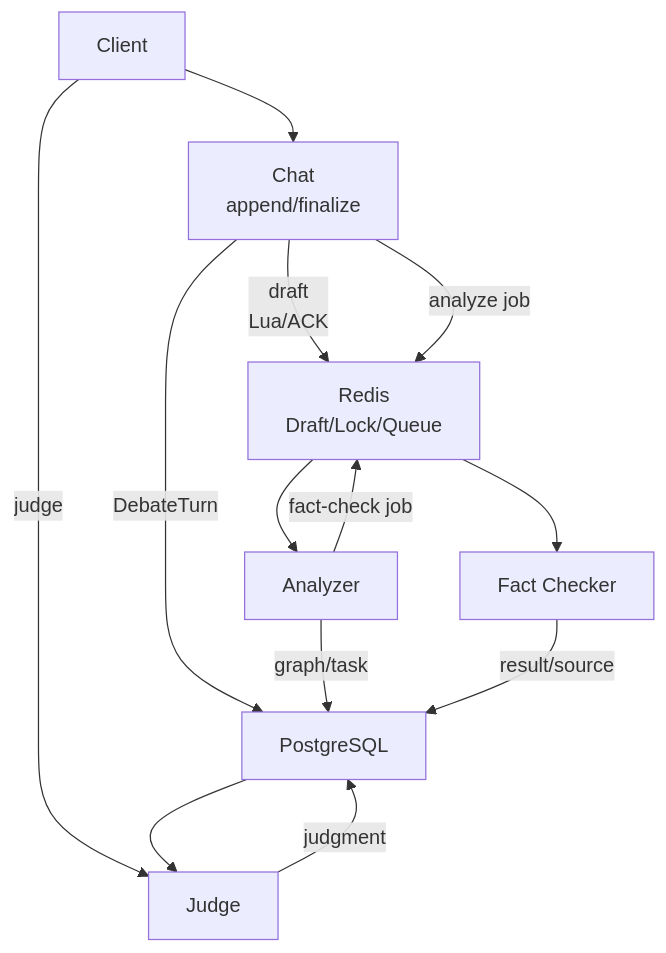
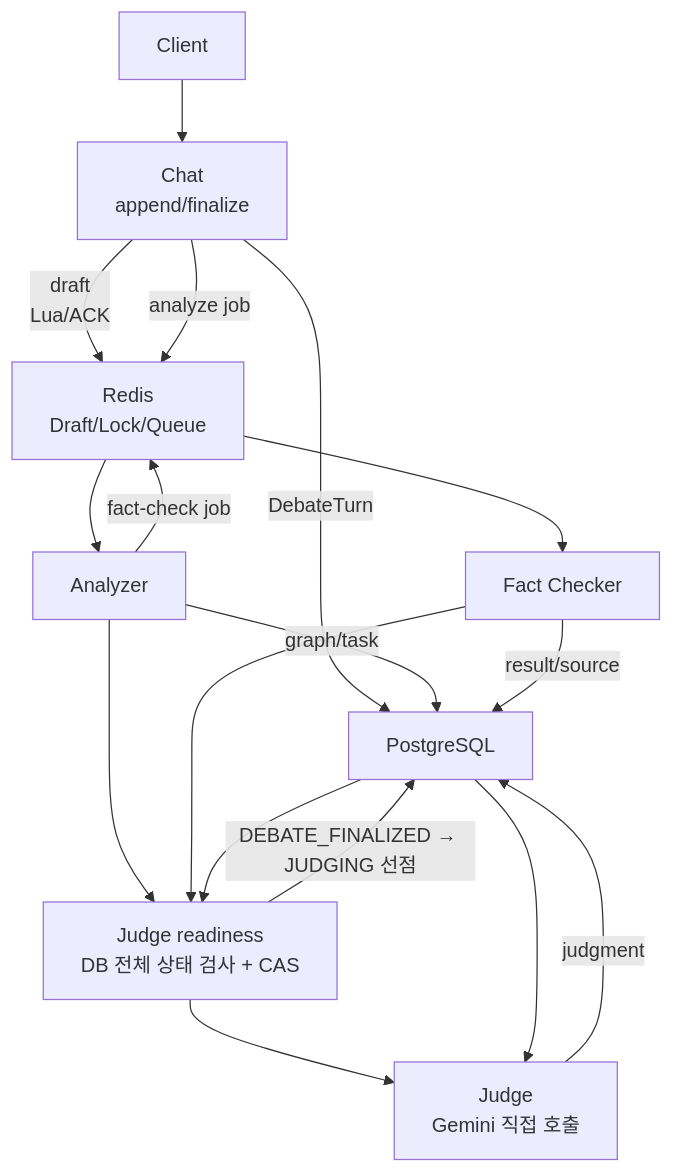
Before and after one commit to sweatbuckets/heimdall_ai_backend: the diagram in README.md, drawn with Mermaid. The commit also changed other lines of this file and 18 other files, not shown here.

````diff
--- a/README.md
+++ b/README.md
@@ -15,23 +15,28 @@
 ```mermaid
 flowchart TD
     Client["Client"]
     Chat["Chat<br/>append/finalize"]
     Redis["Redis<br/>Draft/Lock/Queue"]
     DB["PostgreSQL"]
     Analyzer["Analyzer"]
     FactChecker["Fact Checker"]
-    Judge["Judge"]
+    Readiness["Judge readiness<br/>DB 전체 상태 검사 + CAS"]
+    Judge["Judge<br/>Gemini 직접 호출"]
 
     Client --> Chat
     Chat -->|"draft<br/>Lua/ACK"| Redis
     Chat -->|"DebateTurn"| DB
     Chat -->|"analyze job"| Redis
     Redis --> Analyzer
     Analyzer -->|"graph/task"| DB
     Analyzer -->|"fact-check job"| Redis
     Redis --> FactChecker
     FactChecker -->|"result/source"| DB
-    Client -->|"judge"| Judge
+    Analyzer --> Readiness
+    FactChecker --> Readiness
+    DB --> Readiness
+    Readiness -->|"DEBATE_FINALIZED → JUDGING 선점"| DB
+    Readiness --> Judge
     DB --> Judge
     Judge -->|"judgment"| DB
 ```
````
